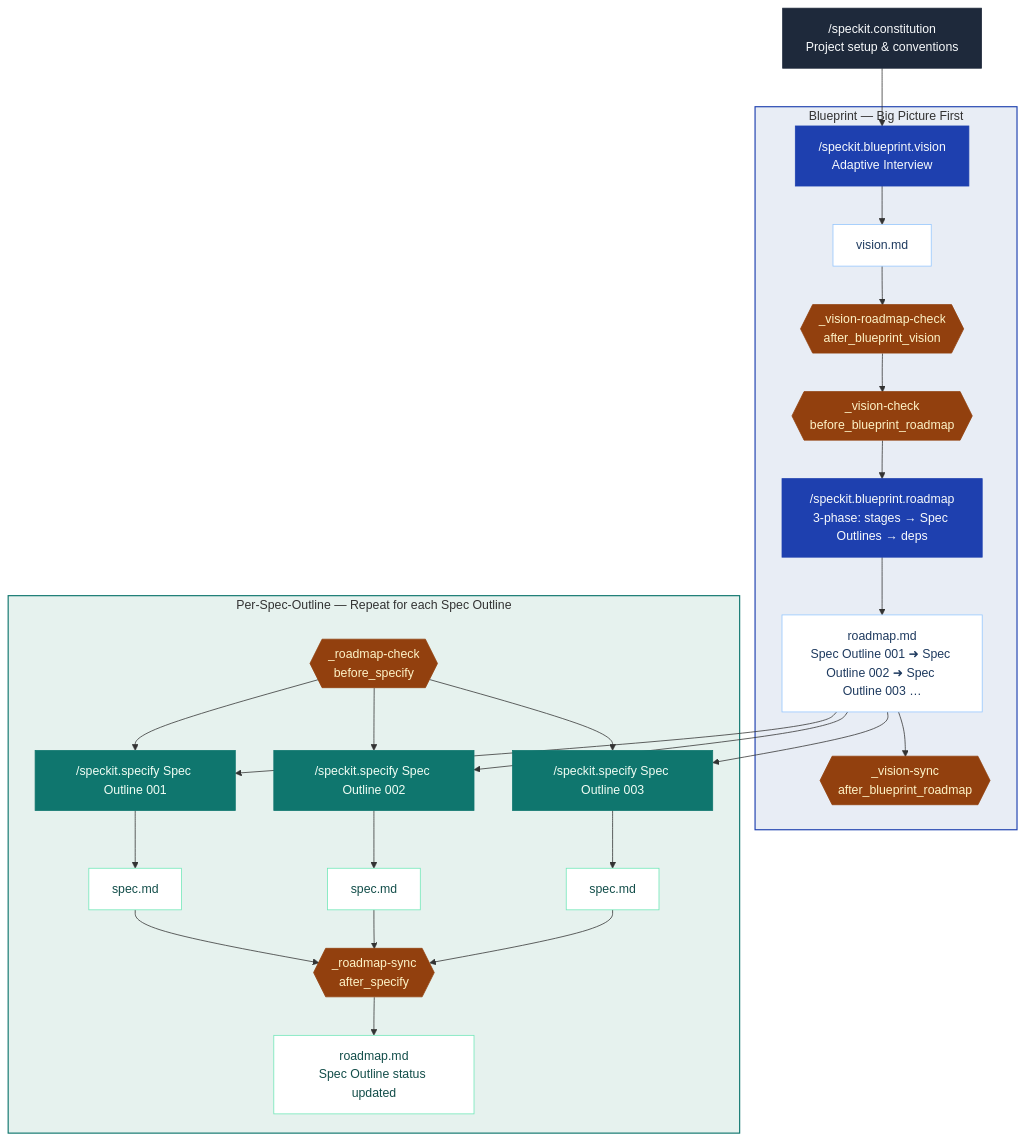
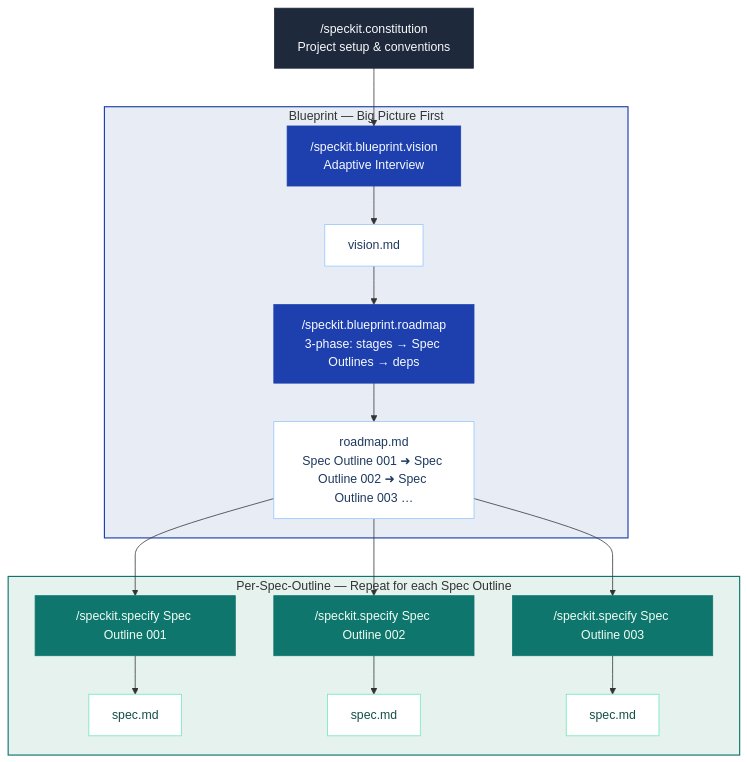
One commit to jaeryun/spec-kit-blueprint changed the diagram in README.md. Above: the diagram before and after it, drawn with Mermaid. The commit also changed other lines of this file, not shown here.

Commit message:
docs: simplify README Mermaid diagram — remove hook nodes

````diff
--- a/README.md
+++ b/README.md
@@ -11,45 +11,33 @@
 ```mermaid
 flowchart TD
     A["/speckit.constitution\nProject setup & conventions"] --> B
 
     subgraph bp ["Blueprint — Big Picture First"]
         B["/speckit.blueprint.vision\nAdaptive Interview"]
         B --> C["vision.md"]
-        C --> VR{{"_vision-roadmap-check\nafter_blueprint_vision"}}
-        VR --> VC{{"_vision-check\nbefore_blueprint_roadmap"}}
-        VC --> D["/speckit.blueprint.roadmap\n3-phase: stages → Spec Outlines → deps"]
+        C --> D["/speckit.blueprint.roadmap\n3-phase: stages → Spec Outlines → deps"]
         D --> R["roadmap.md\nSpec Outline 001 ➜ Spec Outline 002 ➜ Spec Outline 003 …"]
-        R --> VS{{"_vision-sync\nafter_blueprint_roadmap"}}
     end
 
     R --> F & G & H
 
     subgraph impl ["Per-Spec-Outline — Repeat for each Spec Outline"]
-        RC{{"_roadmap-check\nbefore_specify"}}
-        RC --> F["/speckit.specify Spec Outline 001"] --> spec1["spec.md"]
-        RC --> G["/speckit.specify Spec Outline 002"] --> spec2["spec.md"]
-        RC --> H["/speckit.specify Spec Outline 003"] --> spec3["spec.md"]
-        spec1 & spec2 & spec3 --> RS{{"_roadmap-sync\nafter_specify"}}
-        RS --> RM["roadmap.md\nSpec Outline status updated"]
+        F["/speckit.specify Spec Outline 001"] --> spec1["spec.md"]
+        G["/speckit.specify Spec Outline 002"] --> spec2["spec.md"]
+        H["/speckit.specify Spec Outline 003"] --> spec3["spec.md"]
     end
 
     style bp fill:#e8edf5,stroke:#1e40af,stroke-width:1.5px
     style impl fill:#e6f2ee,stroke:#0f766e,stroke-width:1.5px
     style A fill:#1e293b,stroke:#1e293b,color:#f8fafc
     style B fill:#1e40af,stroke:#1e40af,color:#f8fafc
     style C fill:#ffffff,stroke:#93c5fd,color:#1e3a5f
-    style VC fill:#92400e,stroke:#92400e,color:#fef3c7
     style D fill:#1e40af,stroke:#1e40af,color:#f8fafc
     style R fill:#ffffff,stroke:#93c5fd,color:#1e3a5f
-    style VR fill:#92400e,stroke:#92400e,color:#fef3c7
-    style VS fill:#92400e,stroke:#92400e,color:#fef3c7
-    style RC fill:#92400e,stroke:#92400e,color:#fef3c7
     style F fill:#0f766e,stroke:#0f766e,color:#f0fdf4
     style G fill:#0f766e,stroke:#0f766e,color:#f0fdf4
     style H fill:#0f766e,stroke:#0f766e,color:#f0fdf4
     style spec1 fill:#ffffff,stroke:#6ee7b7,color:#134e4a
     style spec2 fill:#ffffff,stroke:#6ee7b7,color:#134e4a
     style spec3 fill:#ffffff,stroke:#6ee7b7,color:#134e4a
-    style RS fill:#92400e,stroke:#92400e,color:#fef3c7
-    style RM fill:#ffffff,stroke:#6ee7b7,color:#134e4a
 ```
````
